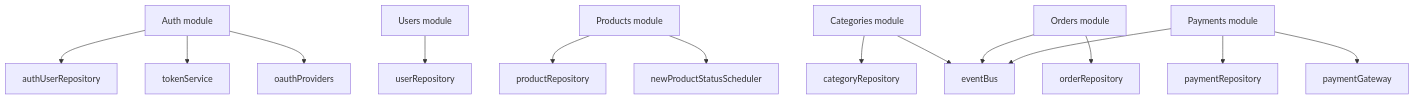
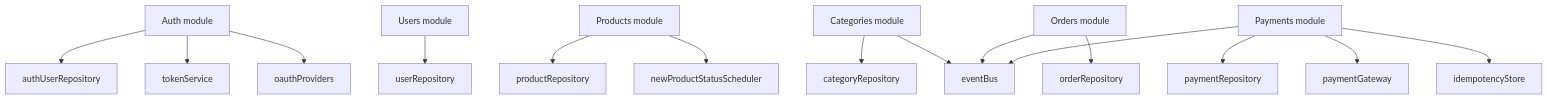
One commit to ousaro/OsaroTechStore changed the fourth of 8 diagrams in docs/architecture/backend-dependency-graph.md. Above: the diagram before and after it, drawn with Mermaid. The commit also changed other lines of this file and 60 other files, not shown here.

````diff
--- a/docs/architecture/backend-dependency-graph.md
+++ b/docs/architecture/backend-dependency-graph.md
@@ -101,21 +121,22 @@
 ```mermaid
 flowchart TD
   AuthModule["Auth module"] --> AuthRepo["authUserRepository"]
   AuthModule --> TokenService["tokenService"]
   AuthModule --> OAuthProviders["oauthProviders"]
 
   UsersModule["Users module"] --> UserRepo["userRepository"]
 
   ProductsModule["Products module"] --> ProductRepo["productRepository"]
   ProductsModule --> ProductScheduler["newProductStatusScheduler"]
 
   CategoriesModule["Categories module"] --> CategoryRepo["categoryRepository"]
   CategoriesModule --> EventBus["eventBus"]
 
   OrdersModule["Orders module"] --> OrderRepo["orderRepository"]
   OrdersModule --> EventBus
 
   PaymentsModule["Payments module"] --> PaymentRepo["paymentRepository"]
   PaymentsModule --> PaymentGateway["paymentGateway"]
   PaymentsModule --> EventBus
+  PaymentsModule --> IdempotencyStore["idempotencyStore"]
 ```
````
